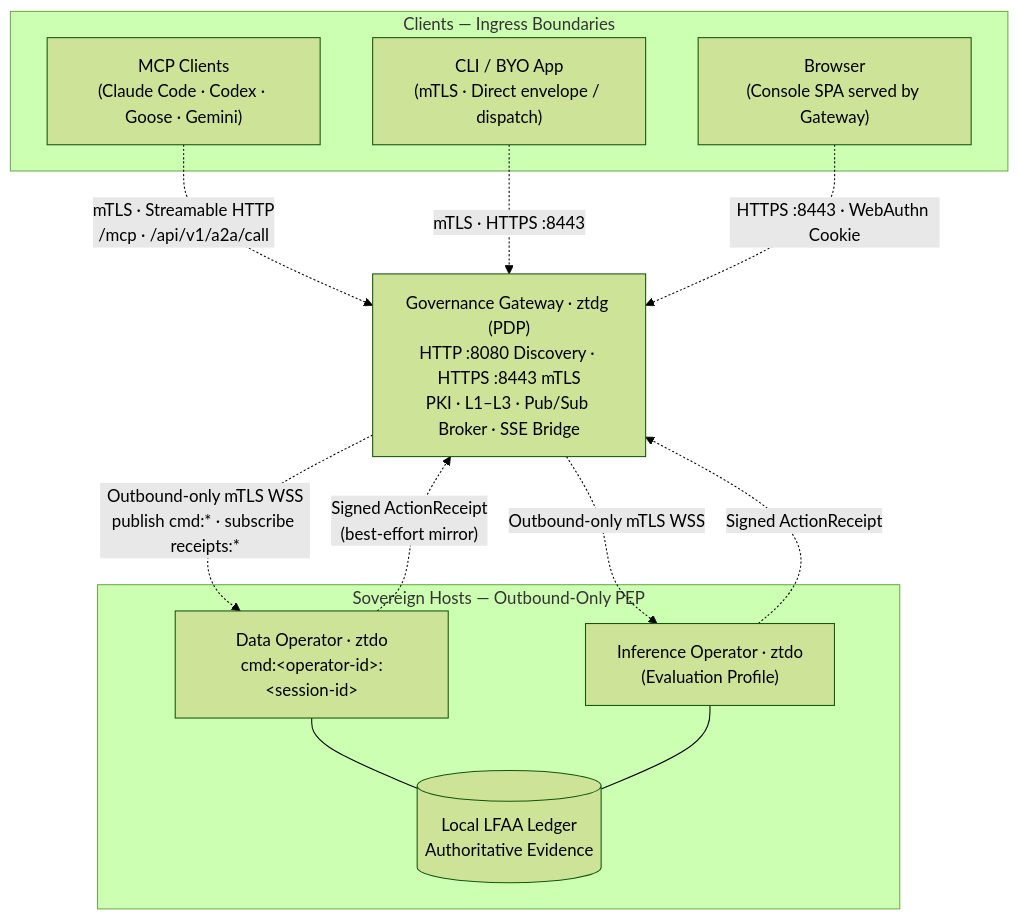
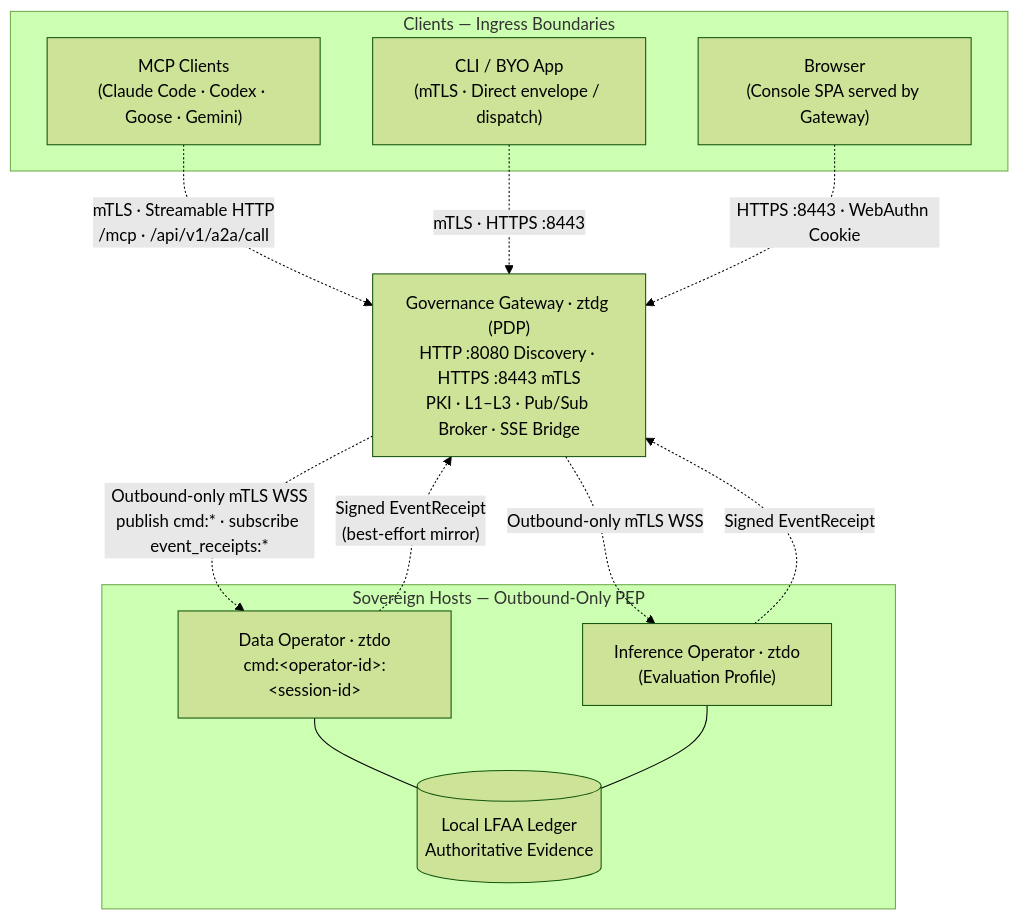
The diagram in docs/diagrams/graph-gateway-fleet-single-host-http-mtls.md (zerotrustdata/ztd), drawn with Mermaid (forest theme) before and after one commit. The commit also changed other lines of this file and 572 other files, not shown here.

First line of the commit message:
rename receipts to event receipts with no compatibility

````diff
--- a/docs/diagrams/graph-gateway-fleet-single-host-http-mtls.md
+++ b/docs/diagrams/graph-gateway-fleet-single-host-http-mtls.md
@@ -26,27 +26,27 @@
 ```mermaid
 graph TD
     subgraph Clients ["Clients — Ingress Boundaries"]
         MCP["MCP Clients<br/>(Claude Code · Codex · Goose · Gemini)"]
         CLI["CLI / BYO App<br/>(mTLS · Direct envelope / dispatch)"]
         Browser["Browser<br/>(Console SPA served by Gateway)"]
     end
 
     GW["Governance Gateway · ztdg (PDP)<br/>HTTP :8080 Discovery · HTTPS :8443 mTLS<br/>PKI · L1–L3 · Pub/Sub Broker · SSE Bridge"]
 
     subgraph Fleet ["Sovereign Hosts — Outbound-Only PEP"]
         O1["Data Operator · ztdo<br/>cmd:&lt;operator-id&gt;:&lt;session-id&gt;"]
         O2["Inference Operator · ztdo<br/>(Evaluation Profile)"]
         D1[("Local LFAA Ledger<br/>Authoritative Evidence")]
         O1 --- D1
         O2 --- D1
     end
 
     MCP -. "mTLS · Streamable HTTP<br/>/mcp · /api/v1/a2a/call" .-> GW
     CLI -. "mTLS · HTTPS :8443" .-> GW
     Browser -. "HTTPS :8443 · WebAuthn Cookie" .-> GW
 
-    GW -. "Outbound-only mTLS WSS<br/>publish cmd:* · subscribe receipts:*" .-> O1
+    GW -. "Outbound-only mTLS WSS<br/>publish cmd:* · subscribe event_receipts:*" .-> O1
     GW -. "Outbound-only mTLS WSS" .-> O2
-    O1 -. "Signed ActionReceipt<br/>(best-effort mirror)" .-> GW
-    O2 -. "Signed ActionReceipt" .-> GW
+    O1 -. "Signed EventReceipt<br/>(best-effort mirror)" .-> GW
+    O2 -. "Signed EventReceipt" .-> GW
 ```
````
